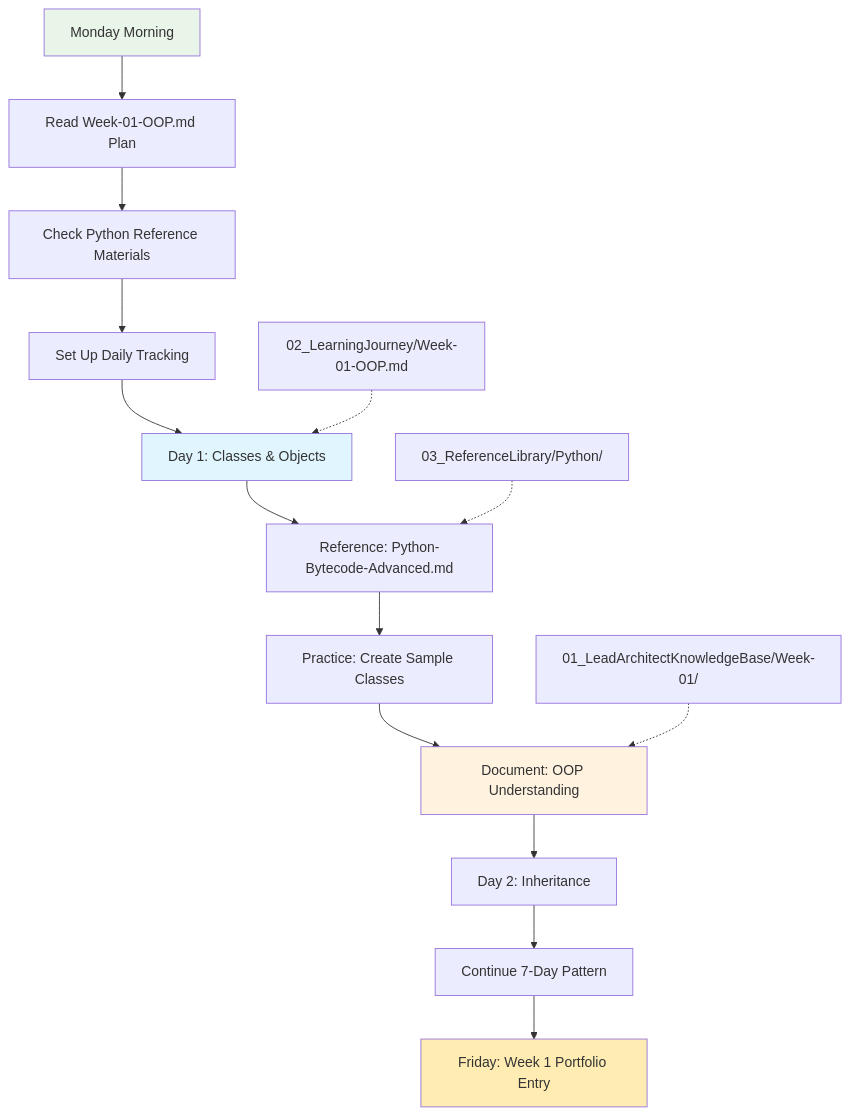
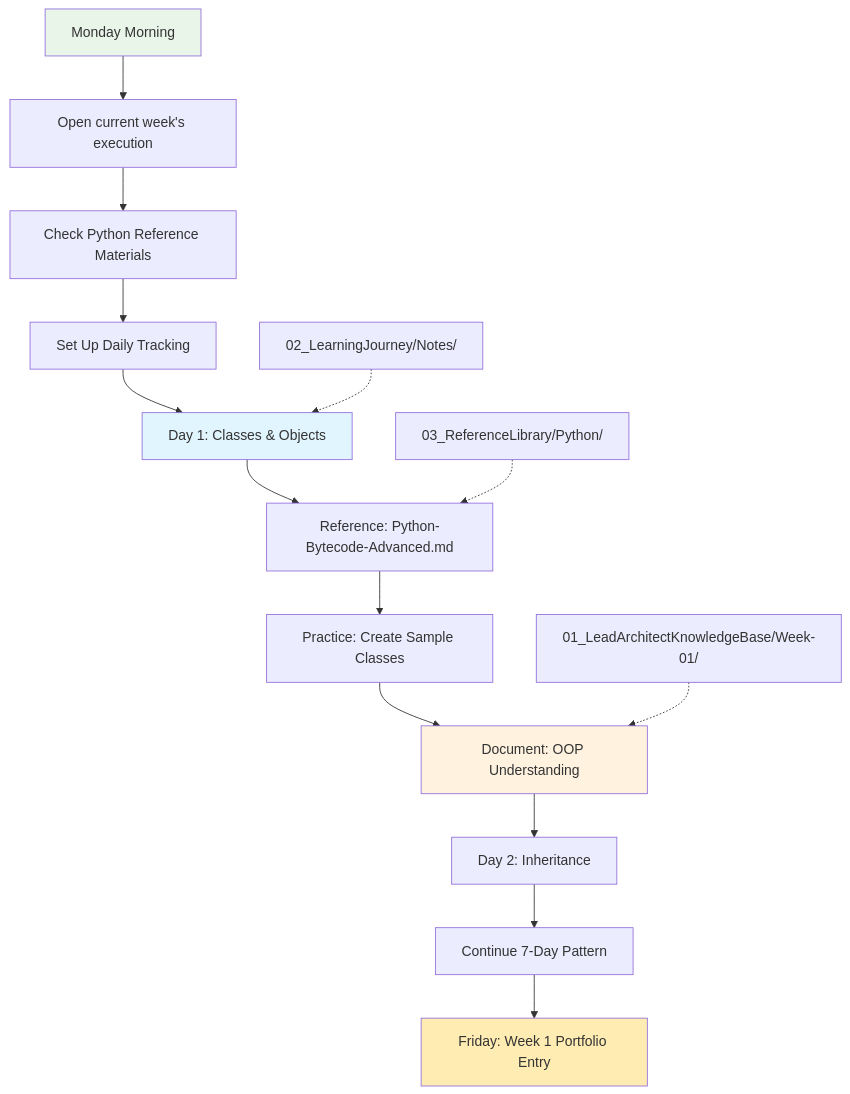
One commit to Swamy-s-Tech-Skills-Academy/swamy-tech-skills-academy-main changed the seventh of 10 diagrams in README.md. Above: the diagram before and after it, drawn with Mermaid. The commit also changed other lines of this file and 10 other files, not shown here.

````diff
--- a/README.md
+++ b/README.md
@@ -305,24 +305,24 @@
 ```mermaid
 graph TD
-    A[Monday Morning] --> B[Read Week-01-OOP.md Plan]
+    A[Monday Morning] --> B[Open current week's execution]
     B --> C[Check Python Reference Materials]
     C --> D[Set Up Daily Tracking]
     D --> E[Day 1: Classes & Objects]
 
     E --> F[Reference: Python-Bytecode-Advanced.md]
     F --> G[Practice: Create Sample Classes]
     G --> H[Document: OOP Understanding]
 
     H --> I[Day 2: Inheritance]
     I --> J[Continue 7-Day Pattern]
     J --> K[Friday: Week 1 Portfolio Entry]
 
     C1[03_ReferenceLibrary/Python/] -.-> F
-    C2[02_LearningJourney/Week-01-OOP.md] -.-> E
+    C2[02_LearningJourney/Notes/] -.-> E
     C3[01_LeadArchitectKnowledgeBase/Week-01/] -.-> H
 
     style A fill:#e8f5e8
     style E fill:#e1f5fe
     style H fill:#fff3e0
     style K fill:#ffecb3
 ```
````
